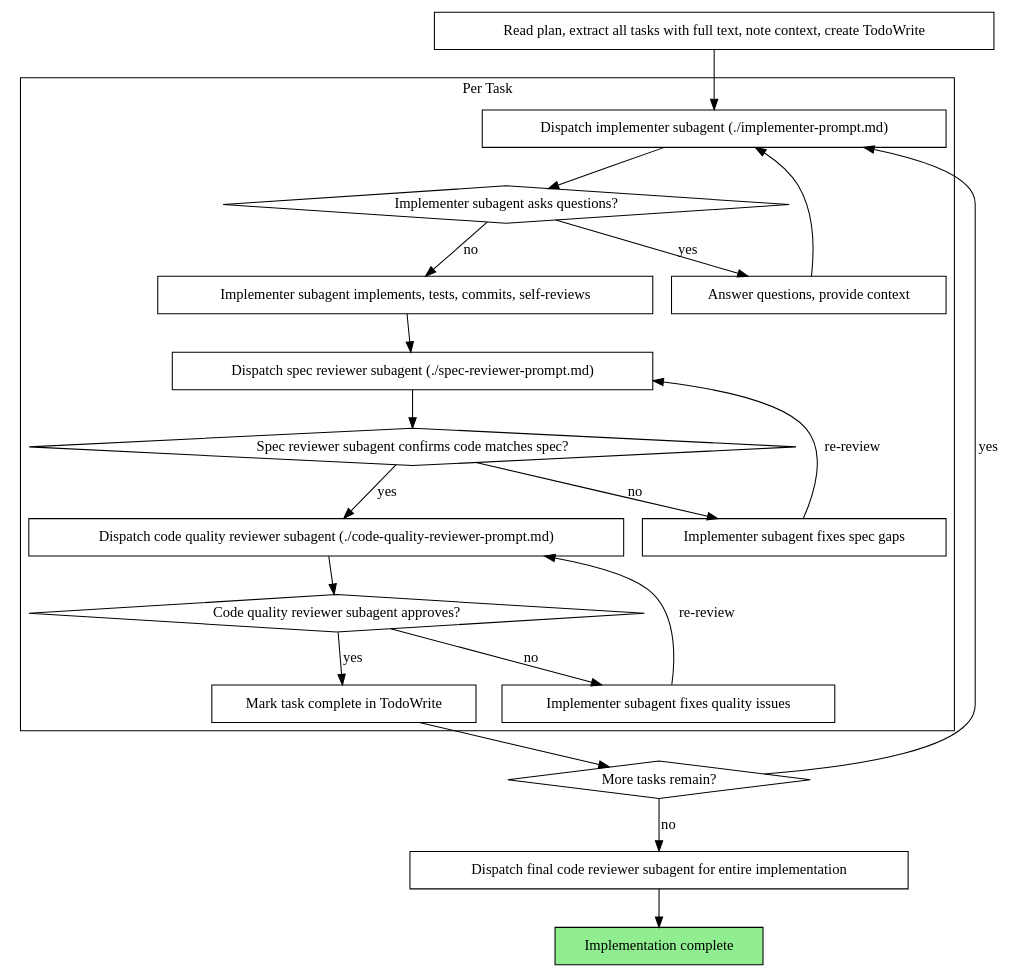
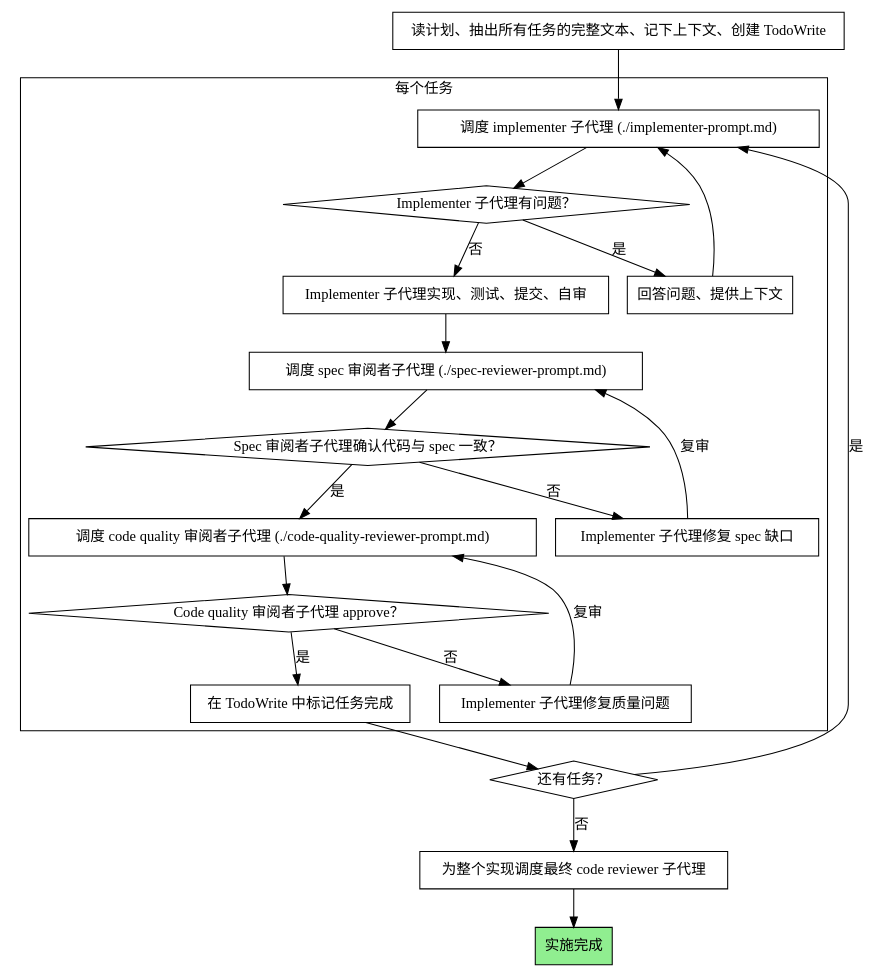
The second of 2 diagrams in skills/subagent-driven-development/SKILL.md (MySwallow/superpowers-lite), drawn with Graphviz before and after one commit. The commit also changed other lines of this file and 62 other files, not shown here.

````diff
--- a/skills/subagent-driven-development/SKILL.md
+++ b/skills/subagent-driven-development/SKILL.md
@@ -44,44 +44,44 @@
 ```dot
 digraph process {
     rankdir=TB;
 
     subgraph cluster_per_task {
-        label="Per Task";
-        "Dispatch implementer subagent (./implementer-prompt.md)" [shape=box];
-        "Implementer subagent asks questions?" [shape=diamond];
-        "Answer questions, provide context" [shape=box];
-        "Implementer subagent implements, tests, commits, self-reviews" [shape=box];
-        "Dispatch spec reviewer subagent (./spec-reviewer-prompt.md)" [shape=box];
-        "Spec reviewer subagent confirms code matches spec?" [shape=diamond];
-        "Implementer subagent fixes spec gaps" [shape=box];
-        "Dispatch code quality reviewer subagent (./code-quality-reviewer-prompt.md)" [shape=box];
-        "Code quality reviewer subagent approves?" [shape=diamond];
-        "Implementer subagent fixes quality issues" [shape=box];
-        "Mark task complete in TodoWrite" [shape=box];
+        label="每个任务";
+        "调度 implementer 子代理 (./implementer-prompt.md)" [shape=box];
+        "Implementer 子代理有问题？" [shape=diamond];
+        "回答问题、提供上下文" [shape=box];
+        "Implementer 子代理实现、测试、提交、自审" [shape=box];
+        "调度 spec 审阅者子代理 (./spec-reviewer-prompt.md)" [shape=box];
+        "Spec 审阅者子代理确认代码与 spec 一致？" [shape=diamond];
+        "Implementer 子代理修复 spec 缺口" [shape=box];
+        "调度 code quality 审阅者子代理 (./code-quality-reviewer-prompt.md)" [shape=box];
+        "Code quality 审阅者子代理 approve？" [shape=diamond];
+        "Implementer 子代理修复质量问题" [shape=box];
+        "在 TodoWrite 中标记任务完成" [shape=box];
     }
 
-    "Read plan, extract all tasks with full text, note context, create TodoWrite" [shape=box];
-    "More tasks remain?" [shape=diamond];
-    "Dispatch final code reviewer subagent for entire implementation" [shape=box];
-    "Implementation complete" [shape=box style=filled fillcolor=lightgreen];
+    "读计划、抽出所有任务的完整文本、记下上下文、创建 TodoWrite" [shape=box];
+    "还有任务？" [shape=diamond];
+    "为整个实现调度最终 code reviewer 子代理" [shape=box];
+    "实施完成" [shape=box style=filled fillcolor=lightgreen];
 
-    "Read plan, extract all tasks with full text, note context, create TodoWrite" -> "Dispatch implementer subagent (./implementer-prompt.md)";
-    "Dispatch implementer subagent (./implementer-prompt.md)" -> "Implementer subagent asks questions?";
-    "Implementer subagent asks questions?" -> "Answer questions, provide context" [label="yes"];
-    "Answer questions, provide context" -> "Dispatch implementer subagent (./implementer-prompt.md)";
-    "Implementer subagent asks questions?" -> "Implementer subagent implements, tests, commits, self-reviews" [label="no"];
-    "Implementer subagent implements, tests, commits, self-reviews" -> "Dispatch spec reviewer subagent (./spec-reviewer-prompt.md)";
-    "Dispatch spec reviewer subagent (./spec-reviewer-prompt.md)" -> "Spec reviewer subagent confirms code matches spec?";
-    "Spec reviewer subagent confirms code matches spec?" -> "Implementer subagent fixes spec gaps" [label="no"];
-    "Implementer subagent fixes spec gaps" -> "Dispatch spec reviewer subagent (./spec-reviewer-prompt.md)" [label="re-review"];
-    "Spec reviewer subagent confirms code matches spec?" -> "Dispatch code quality reviewer subagent (./code-quality-reviewer-prompt.md)" [label="yes"];
-    "Dispatch code quality reviewer subagent (./code-quality-reviewer-prompt.md)" -> "Code quality reviewer subagent approves?";
-    "Code quality reviewer subagent approves?" -> "Implementer subagent fixes quality issues" [label="no"];
-    "Implementer subagent fixes quality issues" -> "Dispatch code quality reviewer subagent (./code-quality-reviewer-prompt.md)" [label="re-review"];
-    "Code quality reviewer subagent approves?" -> "Mark task complete in TodoWrite" [label="yes"];
-    "Mark task complete in TodoWrite" -> "More tasks remain?";
-    "More tasks remain?" -> "Dispatch implementer subagent (./implementer-prompt.md)" [label="yes"];
-    "More tasks remain?" -> "Dispatch final code reviewer subagent for entire implementation" [label="no"];
-    "Dispatch final code reviewer subagent for entire implementation" -> "Implementation complete";
+    "读计划、抽出所有任务的完整文本、记下上下文、创建 TodoWrite" -> "调度 implementer 子代理 (./implementer-prompt.md)";
+    "调度 implementer 子代理 (./implementer-prompt.md)" -> "Implementer 子代理有问题？";
+    "Implementer 子代理有问题？" -> "回答问题、提供上下文" [label="是"];
+    "回答问题、提供上下文" -> "调度 implementer 子代理 (./implementer-prompt.md)";
+    "Implementer 子代理有问题？" -> "Implementer 子代理实现、测试、提交、自审" [label="否"];
+    "Implementer 子代理实现、测试、提交、自审" -> "调度 spec 审阅者子代理 (./spec-reviewer-prompt.md)";
+    "调度 spec 审阅者子代理 (./spec-reviewer-prompt.md)" -> "Spec 审阅者子代理确认代码与 spec 一致？";
+    "Spec 审阅者子代理确认代码与 spec 一致？" -> "Implementer 子代理修复 spec 缺口" [label="否"];
+    "Implementer 子代理修复 spec 缺口" -> "调度 spec 审阅者子代理 (./spec-reviewer-prompt.md)" [label="复审"];
+    "Spec 审阅者子代理确认代码与 spec 一致？" -> "调度 code quality 审阅者子代理 (./code-quality-reviewer-prompt.md)" [label="是"];
+    "调度 code quality 审阅者子代理 (./code-quality-reviewer-prompt.md)" -> "Code quality 审阅者子代理 approve？";
+    "Code quality 审阅者子代理 approve？" -> "Implementer 子代理修复质量问题" [label="否"];
+    "Implementer 子代理修复质量问题" -> "调度 code quality 审阅者子代理 (./code-quality-reviewer-prompt.md)" [label="复审"];
+    "Code quality 审阅者子代理 approve？" -> "在 TodoWrite 中标记任务完成" [label="是"];
+    "在 TodoWrite 中标记任务完成" -> "还有任务？";
+    "还有任务？" -> "调度 implementer 子代理 (./implementer-prompt.md)" [label="是"];
+    "还有任务？" -> "为整个实现调度最终 code reviewer 子代理" [label="否"];
+    "为整个实现调度最终 code reviewer 子代理" -> "实施完成";
 }
 ```
````
